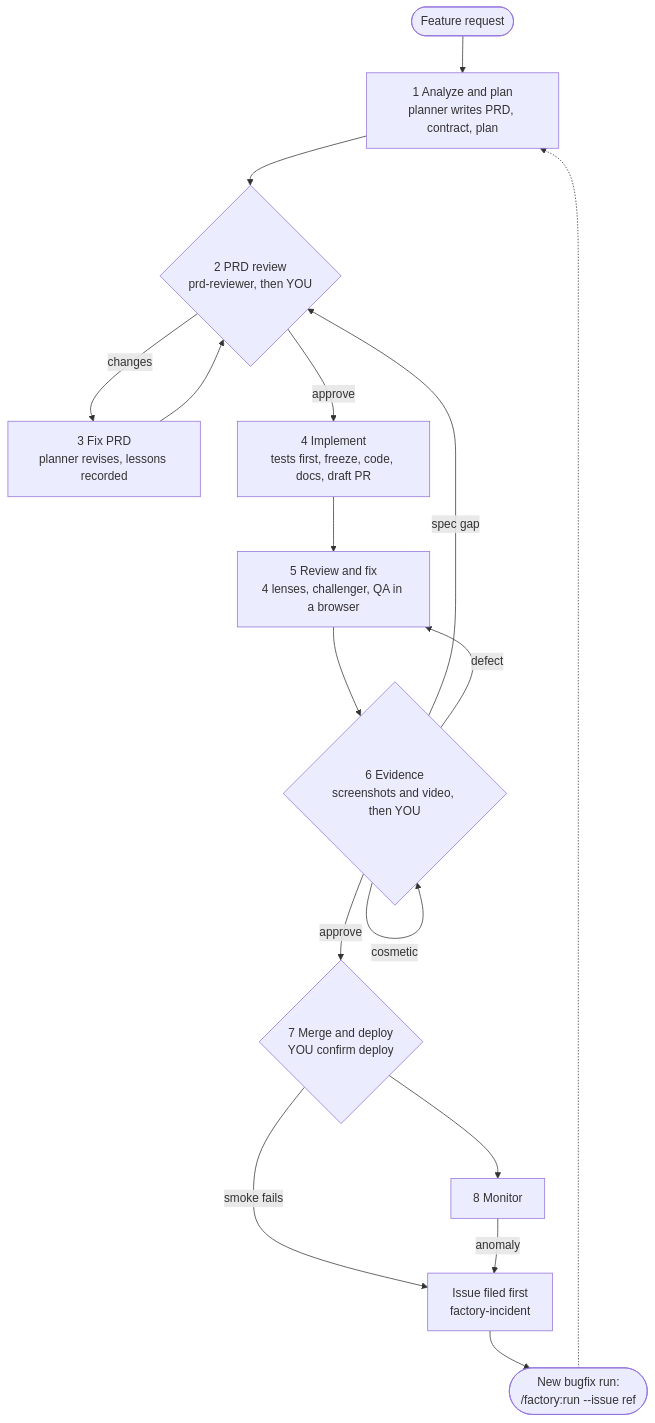
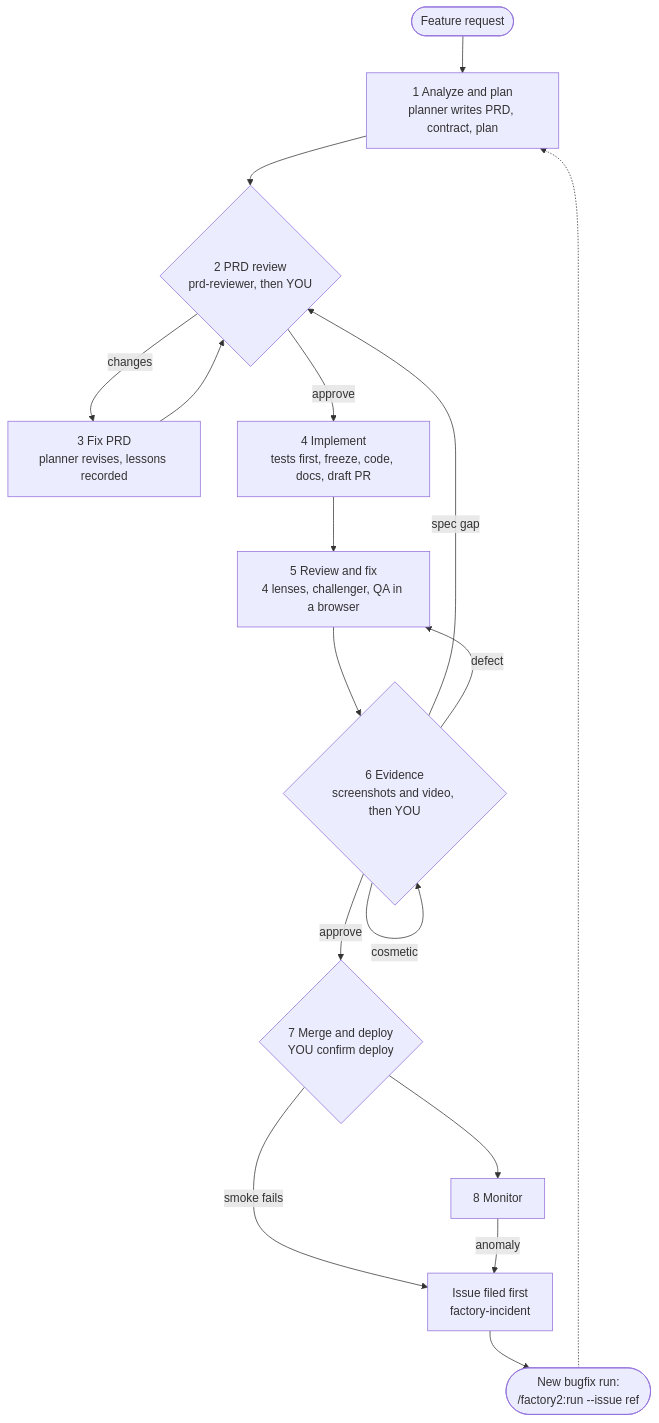
One commit to hlistan/factory2 changed the first of 2 diagrams in docs/GUIDE.md. Above: the diagram before and after it, drawn with Mermaid. The commit also changed other lines of this file and 114 other files, not shown here.

````diff
--- a/docs/GUIDE.md
+++ b/docs/GUIDE.md
@@ -16,19 +16,19 @@
 ```mermaid
 flowchart TD
     R([Feature request]) --> S1[1 Analyze and plan<br/>planner writes PRD, contract, plan]
     S1 --> S2{2 PRD review<br/>prd-reviewer, then YOU}
     S2 -- changes --> S3[3 Fix PRD<br/>planner revises, lessons recorded]
     S3 --> S2
     S2 -- approve --> S4[4 Implement<br/>tests first, freeze, code, docs, draft PR]
     S4 --> S5[5 Review and fix<br/>4 lenses, challenger, QA in a browser]
     S5 --> S6{6 Evidence<br/>screenshots and video, then YOU}
     S6 -- spec gap --> S2
     S6 -- defect --> S5
     S6 -- cosmetic --> S6
     S6 -- approve --> S7{7 Merge and deploy<br/>YOU confirm deploy}
     S7 --> S8[8 Monitor]
     S7 -- smoke fails --> I
     S8 -- anomaly --> I[Issue filed first<br/>factory-incident]
-    I --> B([New bugfix run:<br/>/factory:run --issue ref])
+    I --> B([New bugfix run:<br/>/factory2:run --issue ref])
     B -.-> S1
 ```
````
